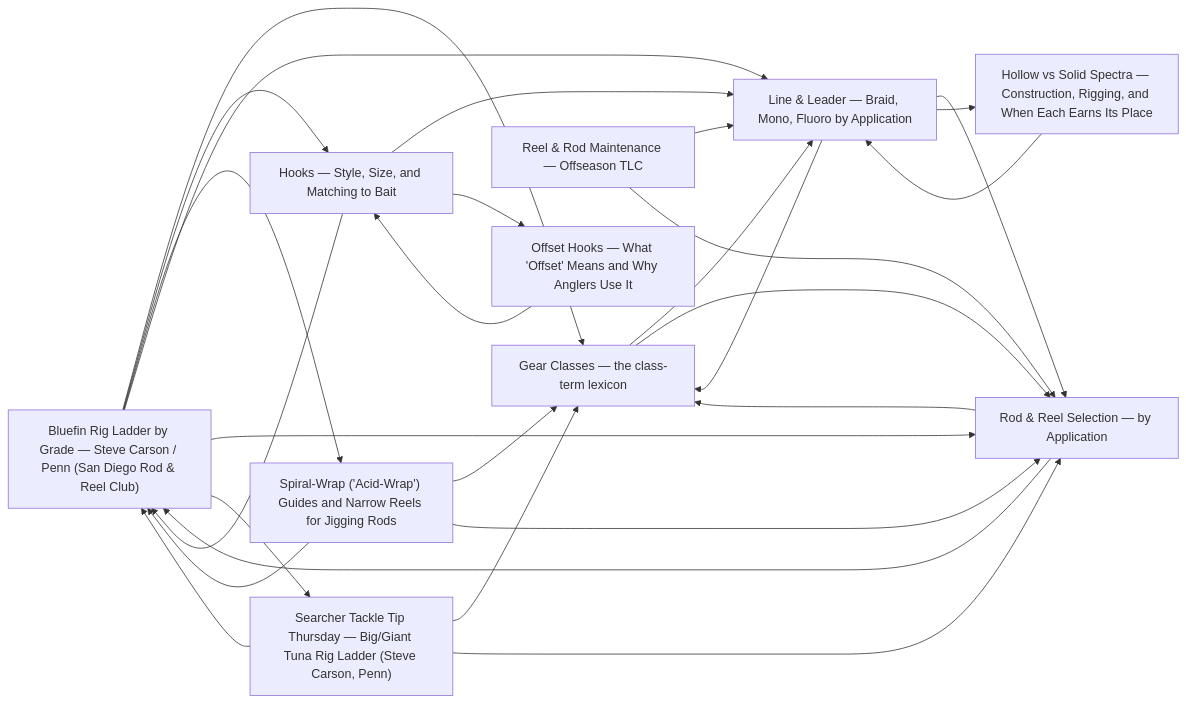
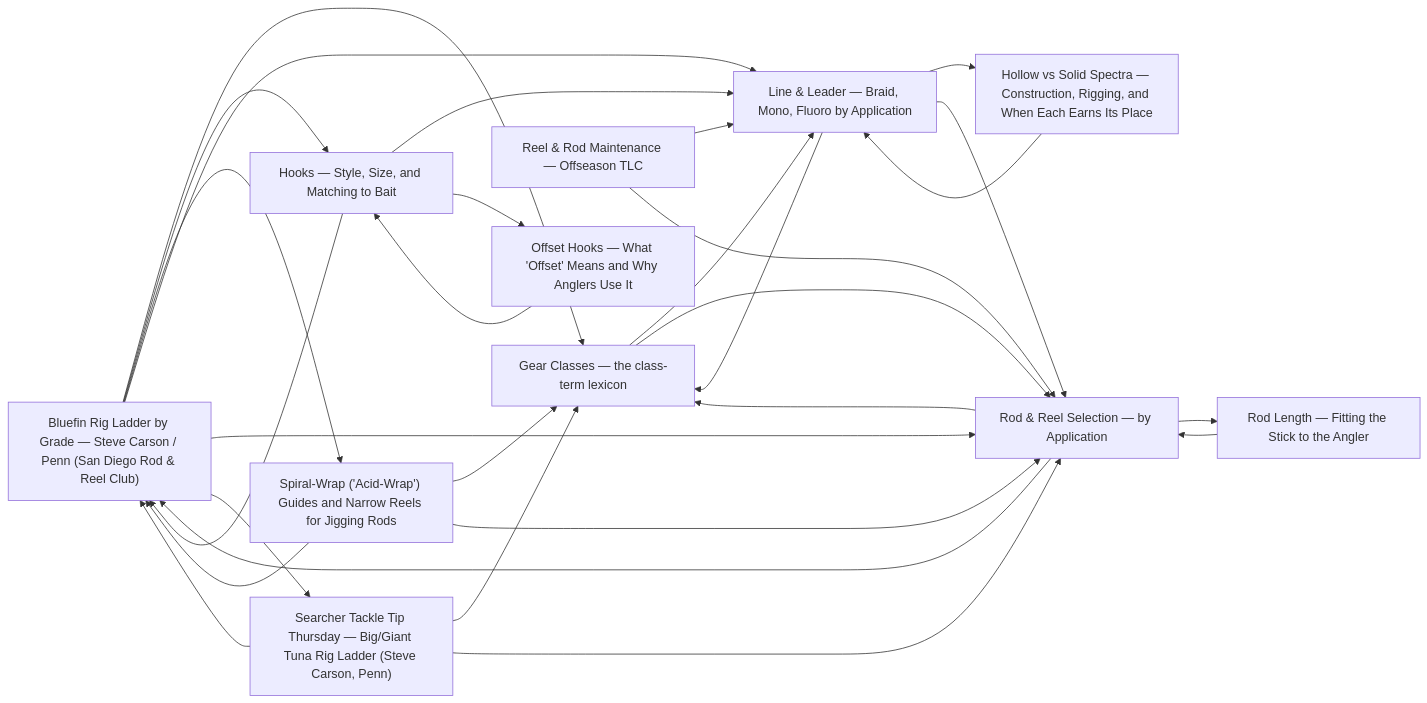
Before and after one commit to camchuckpete-max/Socal-Fishing-Knowledge: the diagram in tackle/README.md, drawn with Mermaid. The commit also changed other lines of this file and 3 other files, not shown here.

````diff
--- a/tackle/README.md
+++ b/tackle/README.md
@@ -23,39 +24,42 @@
 ```mermaid
 graph LR
   n0["Bluefin Rig Ladder by Grade — Steve Carson / Penn (San Diego Rod & Reel Club)"]
   n1["Gear Classes — the class-term lexicon"]
   n2["Hooks — Style, Size, and Matching to Bait"]
   n3["Spiral-Wrap ('Acid-Wrap') Guides and Narrow Reels for Jigging Rods"]
   n4["Line & Leader — Braid, Mono, Fluoro by Application"]
   n5["Offset Hooks — What 'Offset' Means and Why Anglers Use It"]
   n6["Reel & Rod Maintenance — Offseason TLC"]
   n7["Rod & Reel Selection — by Application"]
-  n8["Searcher Tackle Tip Thursday — Big/Giant Tuna Rig Ladder (Steve Carson, Penn)"]
-  n9["Hollow vs Solid Spectra — Construction, Rigging, and When Each Earns Its Place"]
+  n8["Rod Length — Fitting the Stick to the Angler"]
+  n9["Searcher Tackle Tip Thursday — Big/Giant Tuna Rig Ladder (Steve Carson, Penn)"]
+  n10["Hollow vs Solid Spectra — Construction, Rigging, and When Each Earns Its Place"]
   n0 --> n1
   n0 --> n2
   n0 --> n3
   n0 --> n4
   n0 --> n7
-  n0 --> n8
+  n0 --> n9
   n1 --> n4
   n1 --> n7
+  n10 --> n4
   n2 --> n0
   n2 --> n4
   n2 --> n5
   n3 --> n0
   n3 --> n1
   n3 --> n7
   n4 --> n1
+  n4 --> n10
   n4 --> n7
-  n4 --> n9
   n5 --> n2
   n6 --> n4
   n6 --> n7
   n7 --> n0
   n7 --> n1
-  n8 --> n0
-  n8 --> n1
+  n7 --> n8
   n8 --> n7
-  n9 --> n4
+  n9 --> n0
+  n9 --> n1
+  n9 --> n7
 ```
````
